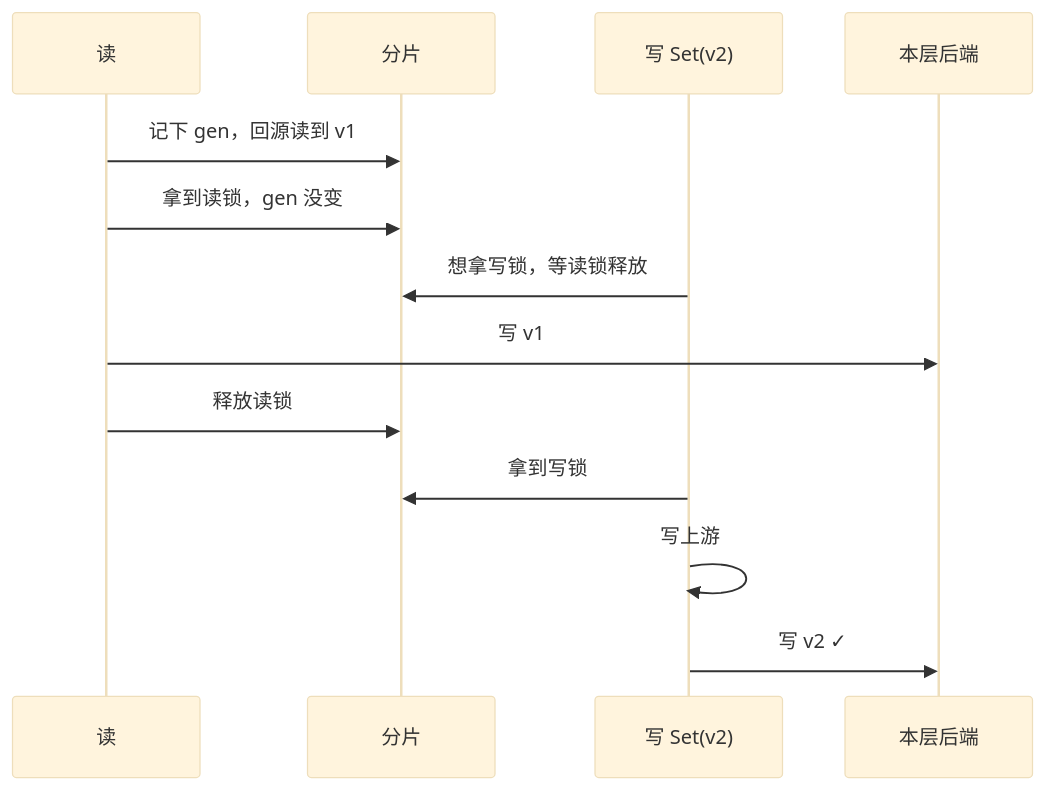
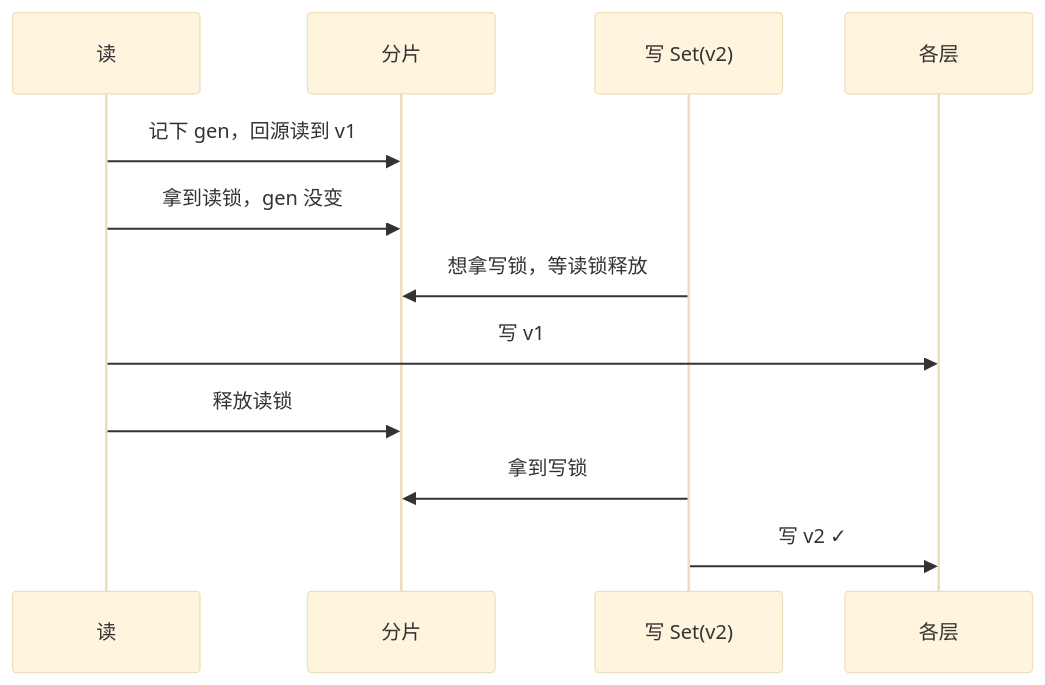
One commit to theplant/cachex changed the sixth of 8 diagrams in docs/design/write-order.md. Above: the diagram before and after it, drawn with Mermaid (base theme). The commit also changed other lines of this file and 19 other files, not shown here.

````diff
--- a/docs/design/write-order.md
+++ b/docs/design/write-order.md
@@ -213,15 +206,14 @@
 ```mermaid
 sequenceDiagram
     participant R as 读
     participant S as 分片
     participant W as 写 Set(v2)
-    participant B as 本层后端
+    participant L as 各层
     R->>S: 记下 gen，回源读到 v1
     R->>S: 拿到读锁，gen 没变
     W->>S: 想拿写锁，等读锁释放
-    R->>B: 写 v1
+    R->>L: 写 v1
     R->>S: 释放读锁
     W->>S: 拿到写锁
-    W->>W: 写上游
-    W->>B: 写 v2 ✓
+    W->>L: 写 v2 ✓
 ```
````
